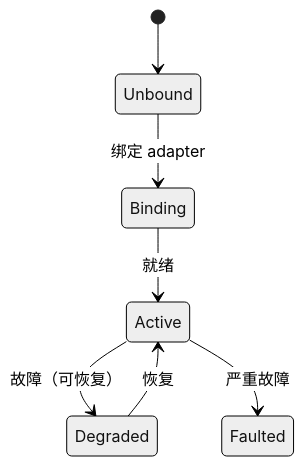
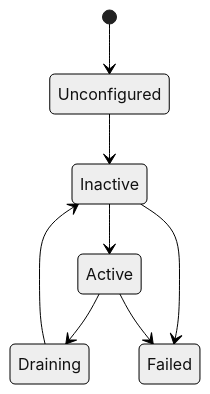
Before and after one commit to fabot-sdk/fabot-sdk-docs: the diagram in docs/usage/status-faults.md, drawn with Mermaid (neutral theme). The commit also changed other lines of this file and 75 other files, not shown here.

````diff
--- a/docs/usage/status-faults.md
+++ b/docs/usage/status-faults.md
@@ -42,9 +103,10 @@
 ```mermaid
 stateDiagram-v2
-    [*] --> Unbound
-    Unbound --> Binding : 绑定 adapter
-    Binding --> Active : 就绪
-    Active --> Degraded : 故障（可恢复）
-    Degraded --> Active : 恢复
-    Active --> Faulted : 严重故障
+    [*] --> Unconfigured
+    Unconfigured --> Inactive
+    Inactive --> Active
+    Active --> Draining
+    Draining --> Inactive
+    Inactive --> Failed
+    Active --> Failed
 ```
````
